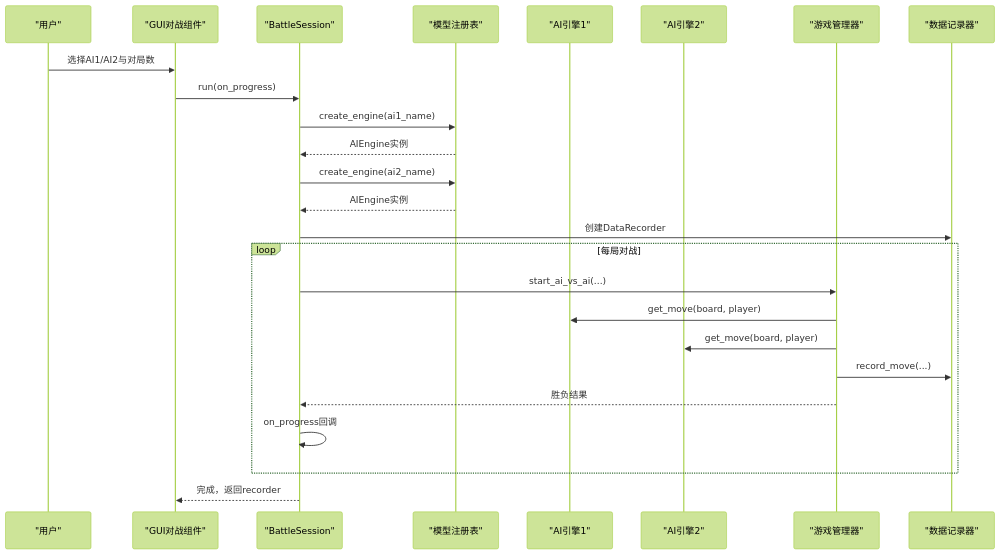
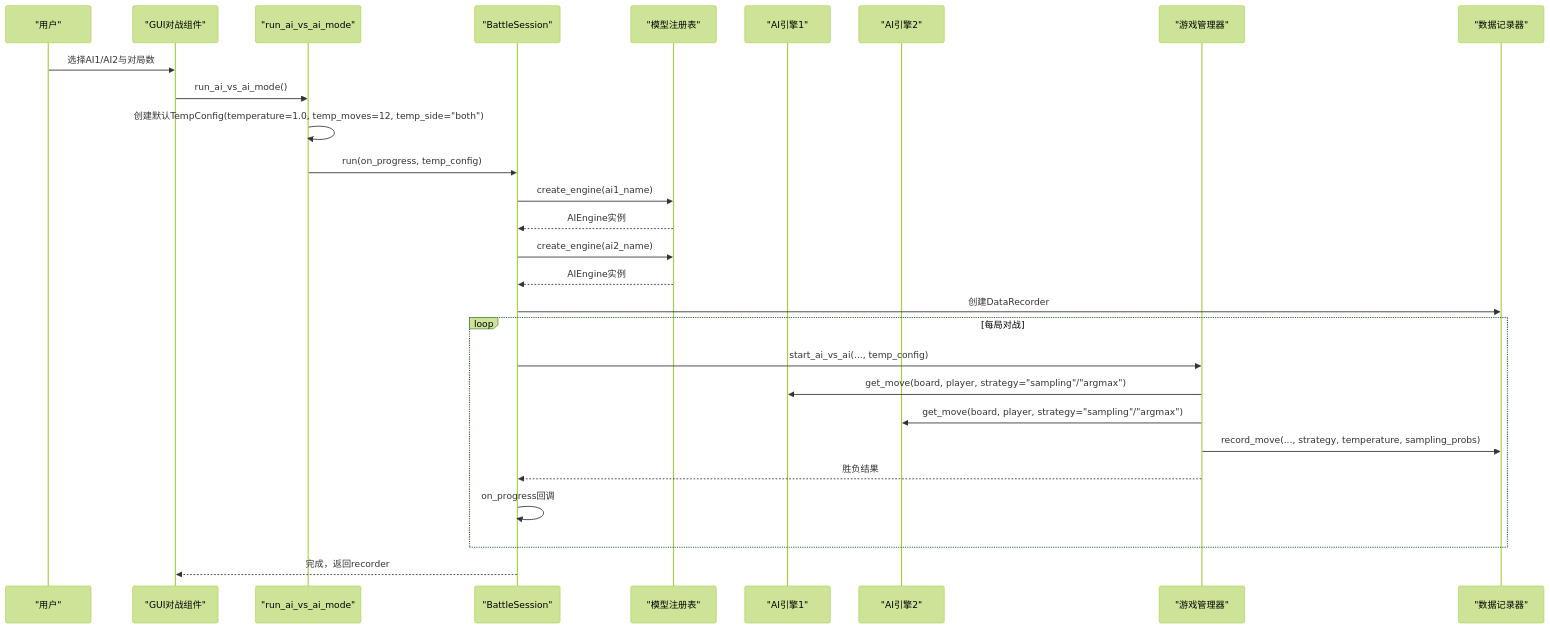
One commit to nanhao/gomoku changed the second of 9 diagrams in .qoder/repowiki/zh/content/用户指南/AI对战/AI对战.md. Above: the diagram before and after it, drawn with Mermaid (forest theme). The commit also changed other lines of this file and 11 other files, not shown here.

````diff
--- a/.qoder/repowiki/zh/content/用户指南/AI对战/AI对战.md
+++ b/.qoder/repowiki/zh/content/用户指南/AI对战/AI对战.md
@@ -111,27 +142,30 @@
 ```mermaid
 sequenceDiagram
 participant User as "用户"
 participant GUI as "GUI对战组件"
+participant Runner as "run_ai_vs_ai_mode"
 participant Session as "BattleSession"
 participant Reg as "模型注册表"
 participant Eng1 as "AI引擎1"
 participant Eng2 as "AI引擎2"
 participant GM as "游戏管理器"
 participant DR as "数据记录器"
 User->>GUI : 选择AI1/AI2与对局数
-GUI->>Session : run(on_progress)
+GUI->>Runner : run_ai_vs_ai_mode()
+Runner->>Runner : 创建默认TempConfig(temperature=1.0, temp_moves=12, temp_side="both")
+Runner->>Session : run(on_progress, temp_config)
 Session->>Reg : create_engine(ai1_name)
 Reg-->>Session : AIEngine实例
 Session->>Reg : create_engine(ai2_name)
 Reg-->>Session : AIEngine实例
 Session->>DR : 创建DataRecorder
 loop 每局对战
-Session->>GM : start_ai_vs_ai(...)
-GM->>Eng1 : get_move(board, player)
-GM->>Eng2 : get_move(board, player)
-GM->>DR : record_move(...)
+Session->>GM : start_ai_vs_ai(..., temp_config)
+GM->>Eng1 : get_move(board, player, strategy="sampling"/"argmax")
+GM->>Eng2 : get_move(board, player, strategy="sampling"/"argmax")
+GM->>DR : record_move(..., strategy, temperature, sampling_probs)
 GM-->>Session : 胜负结果
 Session->>Session : on_progress回调
 end
 Session-->>GUI : 完成，返回recorder
 ```
````
